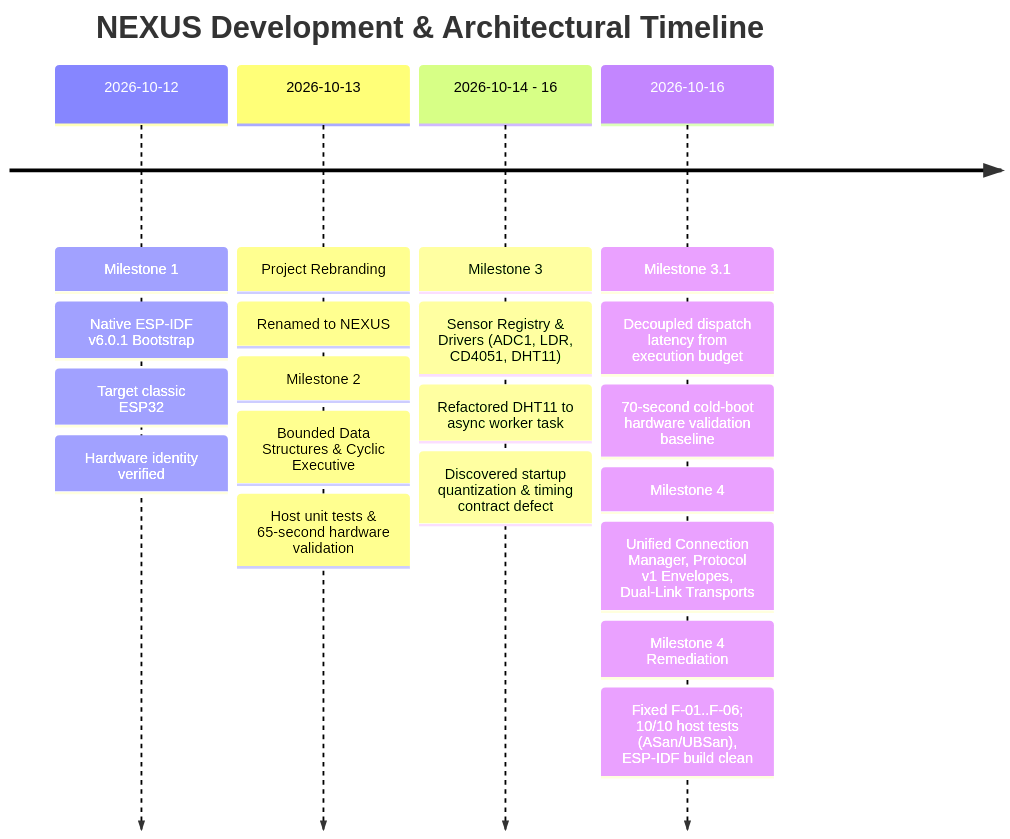
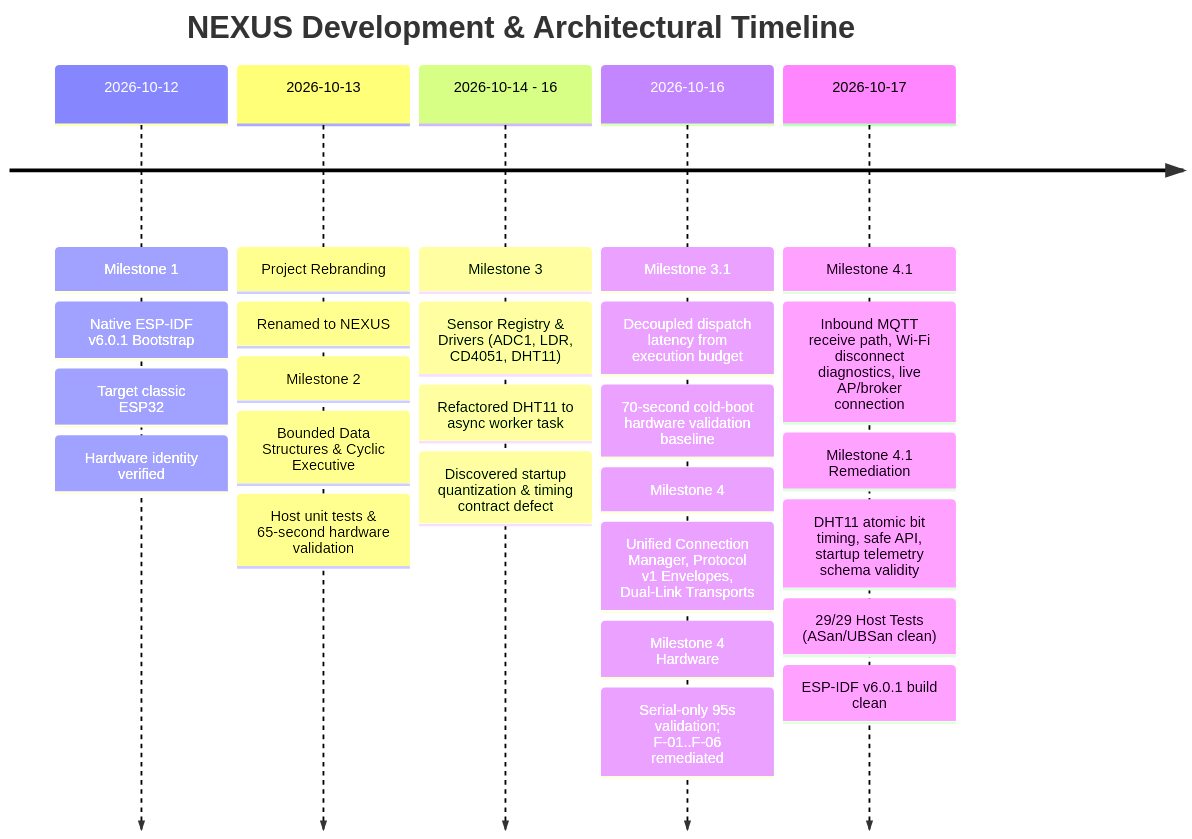
The diagram in docs/milestones/PROJECT_HISTORY.md (aryan-madhavi/NEXUS), drawn with Mermaid before and after one commit. The commit also changed other lines of this file and 16 other files, not shown here.

Commit message:
feat: complete milestone 4.1C DHT11 and telemetry validation

````diff
--- a/docs/milestones/PROJECT_HISTORY.md
+++ b/docs/milestones/PROJECT_HISTORY.md
@@ -19,16 +19,19 @@
 ```mermaid
 timeline
     title NEXUS Development & Architectural Timeline
     2026-10-12 : Milestone 1 : Native ESP-IDF v6.0.1 Bootstrap
                : Target classic ESP32 : Hardware identity verified
     2026-10-13 : Project Rebranding : Renamed to NEXUS
                : Milestone 2 : Bounded Data Structures & Cyclic Executive
                : Host unit tests & 65-second hardware validation
     2026-10-14 - 16 : Milestone 3 : Sensor Registry & Drivers (ADC1, LDR, CD4051, DHT11)
                     : Refactored DHT11 to async worker task
                     : Discovered startup quantization & timing contract defect
     2026-10-16 : Milestone 3.1 : Decoupled dispatch latency from execution budget
                : 70-second cold-boot hardware validation baseline
                : Milestone 4 : Unified Connection Manager, Protocol v1 Envelopes, Dual-Link Transports
-               : Milestone 4 Remediation : Fixed F-01..F-06; 10/10 host tests (ASan/UBSan), ESP-IDF build clean
+               : Milestone 4 Hardware : Serial-only 95s validation; F-01..F-06 remediated
+    2026-10-17 : Milestone 4.1 : Inbound MQTT receive path, Wi-Fi disconnect diagnostics, live AP/broker connection
+               : Milestone 4.1 Remediation : DHT11 atomic bit timing, safe API, startup telemetry schema validity
+               : 29/29 Host Tests (ASan/UBSan clean) : ESP-IDF v6.0.1 build clean
 ```
````
